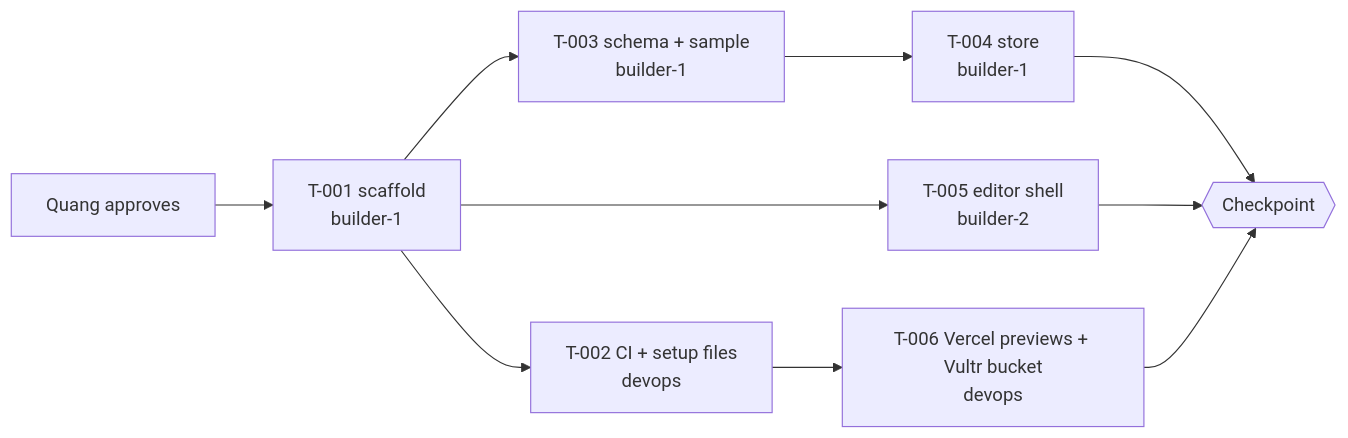
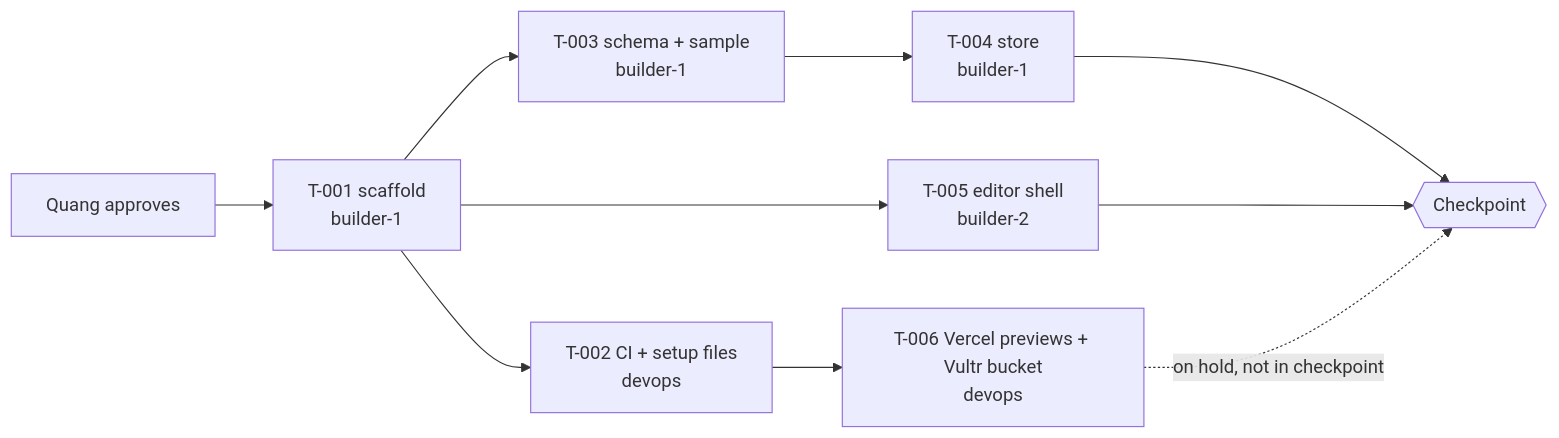
The diagram in plan/sprints/sprint-0.md (PegasusXLab/main), drawn with Mermaid before and after one commit. The commit also changed other lines of this file and 5 other files, not shown here.

````diff
--- a/plan/sprints/sprint-0.md
+++ b/plan/sprints/sprint-0.md
@@ -18,10 +18,10 @@
 ```mermaid
 flowchart LR
   A[Quang approves] --> T001[T-001 scaffold<br/>builder-1]
   T001 --> T003[T-003 schema + sample<br/>builder-1] --> T004[T-004 store<br/>builder-1]
   T001 --> T005[T-005 editor shell<br/>builder-2]
   T001 --> T002[T-002 CI + setup files<br/>devops] --> T006[T-006 Vercel previews + Vultr bucket<br/>devops]
   T004 --> CP{{Checkpoint}}
   T005 --> CP
-  T006 --> CP
+  T006 -. on hold, not in checkpoint .-> CP
 ```
````
